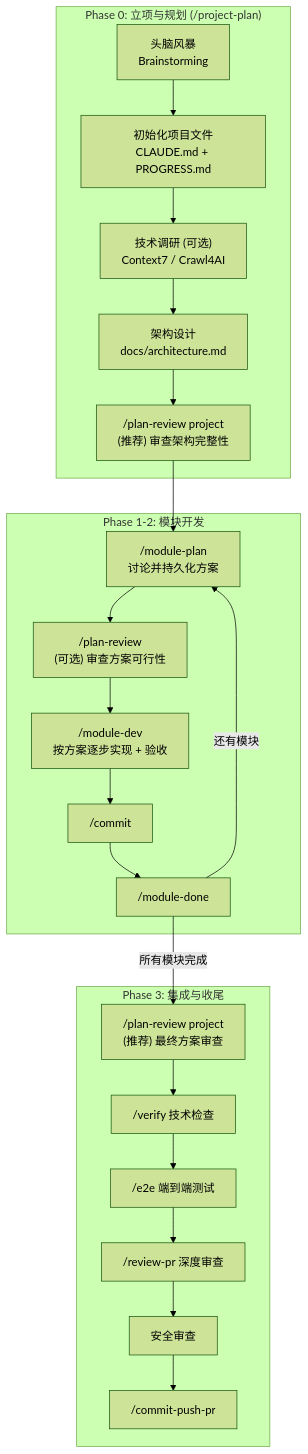
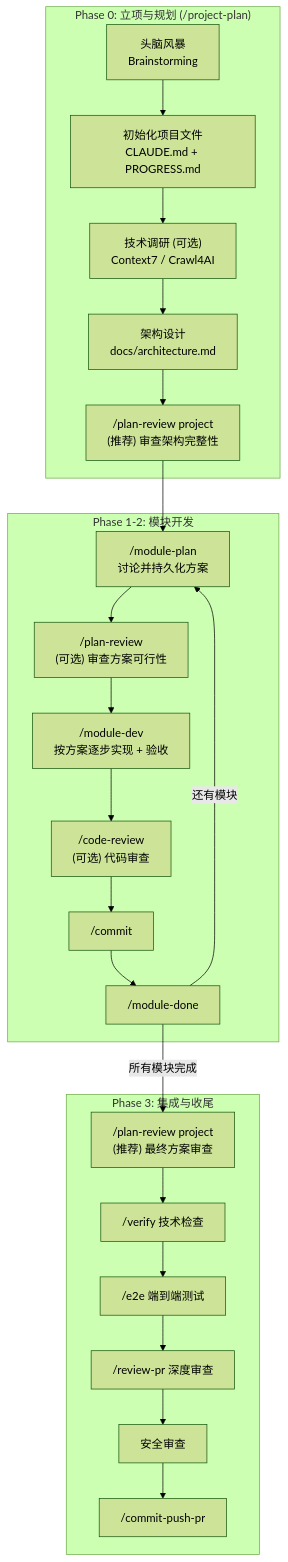
The first of 4 diagrams in WORKFLOW.md (shrekshrek/claude-agent-manual), drawn with Mermaid (forest theme) before and after one commit. The commit also changed other lines of this file and 2 other files, not shown here.

First line of the commit message:
feat: add Code Review Gate to /module-done

````diff
--- a/WORKFLOW.md
+++ b/WORKFLOW.md
@@ -26,32 +26,33 @@
 ```mermaid
 flowchart TD
     %% Phase 0
     subgraph P0["Phase 0: 立项与规划 (/project-plan)"]
         Brainstorm["头脑风暴\nBrainstorming"] --> InitClaude["初始化项目文件\nCLAUDE.md + PROGRESS.md"]
         InitClaude --> Research["技术调研 (可选)\nContext7 / Crawl4AI"]
         Research --> Arch["架构设计\ndocs/architecture.md"]
         Arch --> PlanReview0["/plan-review project\n(推荐) 审查架构完整性"]
     end
 
     %% Phase 1+2: 模块开发循环
     subgraph DevLoop["Phase 1-2: 模块开发"]
         PlanMode["/module-plan\n讨论并持久化方案"] --> PlanReviewM["/plan-review\n(可选) 审查方案可行性"]
         PlanReviewM --> Execute["/module-dev\n按方案逐步实现 + 验收"]
-        Execute --> Commit["/commit"]
+        Execute --> CR1["/code-review\n(可选) 代码审查"]
+        CR1 --> Commit["/commit"]
         Commit --> Update["/module-done"]
         Update -->|"还有模块"| PlanMode
     end
 
     %% Phase 3
     subgraph P3["Phase 3: 集成与收尾"]
         PlanReviewFinal["/plan-review project\n(推荐) 最终方案审查"] --> TechVerify["/verify 技术检查"]
         TechVerify --> E2E["/e2e 端到端测试"]
         E2E --> PRReview["/review-pr 深度审查"]
         PRReview --> Security["安全审查"]
         Security --> Ship["/commit-push-pr"]
     end
 
     %% 连接各阶段
     PlanReview0 --> PlanMode
     Update -->|"所有模块完成"| PlanReviewFinal
 ```
````
